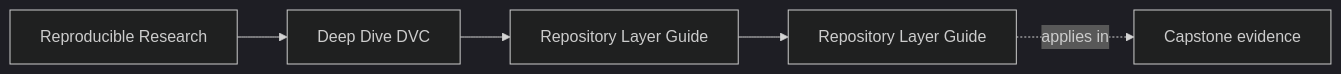
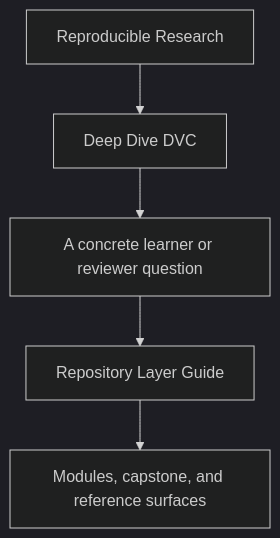
One commit to bijux/bijux-masterclass changed the first of 2 diagrams in programs/reproducible-research/deep-dive-dvc/course-book/guides/repository-layer-guide.md. Above: the diagram before and after it, drawn with Mermaid (dark theme). The commit also changed other lines of this file and 31 other files, not shown here.

Commit message:
docs(deep-dive-dvc): sharpen guide and reference diagrams

````diff
--- a/programs/reproducible-research/deep-dive-dvc/course-book/guides/repository-layer-guide.md
+++ b/programs/reproducible-research/deep-dive-dvc/course-book/guides/repository-layer-guide.md
@@ -9,11 +9,7 @@
 ```mermaid
-graph LR
-  family["Reproducible Research"]
-  program["Deep Dive DVC"]
-  section["Repository Layer Guide"]
-  page["Repository Layer Guide"]
-  capstone["Capstone evidence"]
-
-  family --> program --> section --> page
-  page -.applies in.-> capstone
+flowchart TD
+  family["Reproducible Research"] --> program["Deep Dive DVC"]
+  program --> pressure["A concrete learner or reviewer question"]
+  pressure --> guide["Repository Layer Guide"]
+  guide --> next["Modules, capstone, and reference surfaces"]
 ```
````
